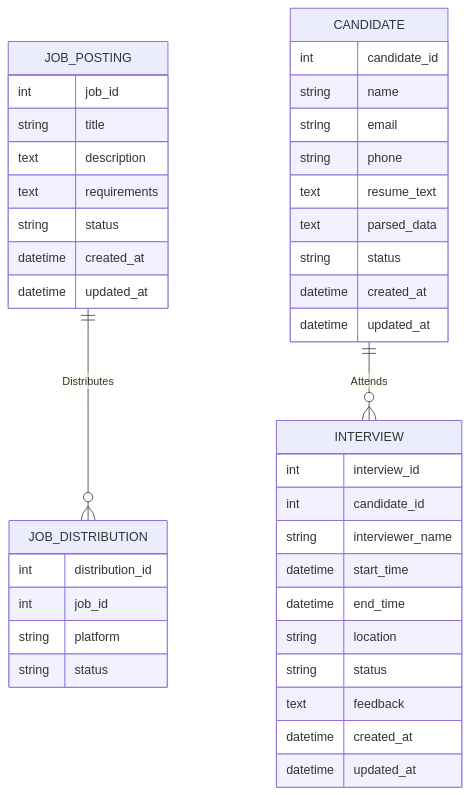
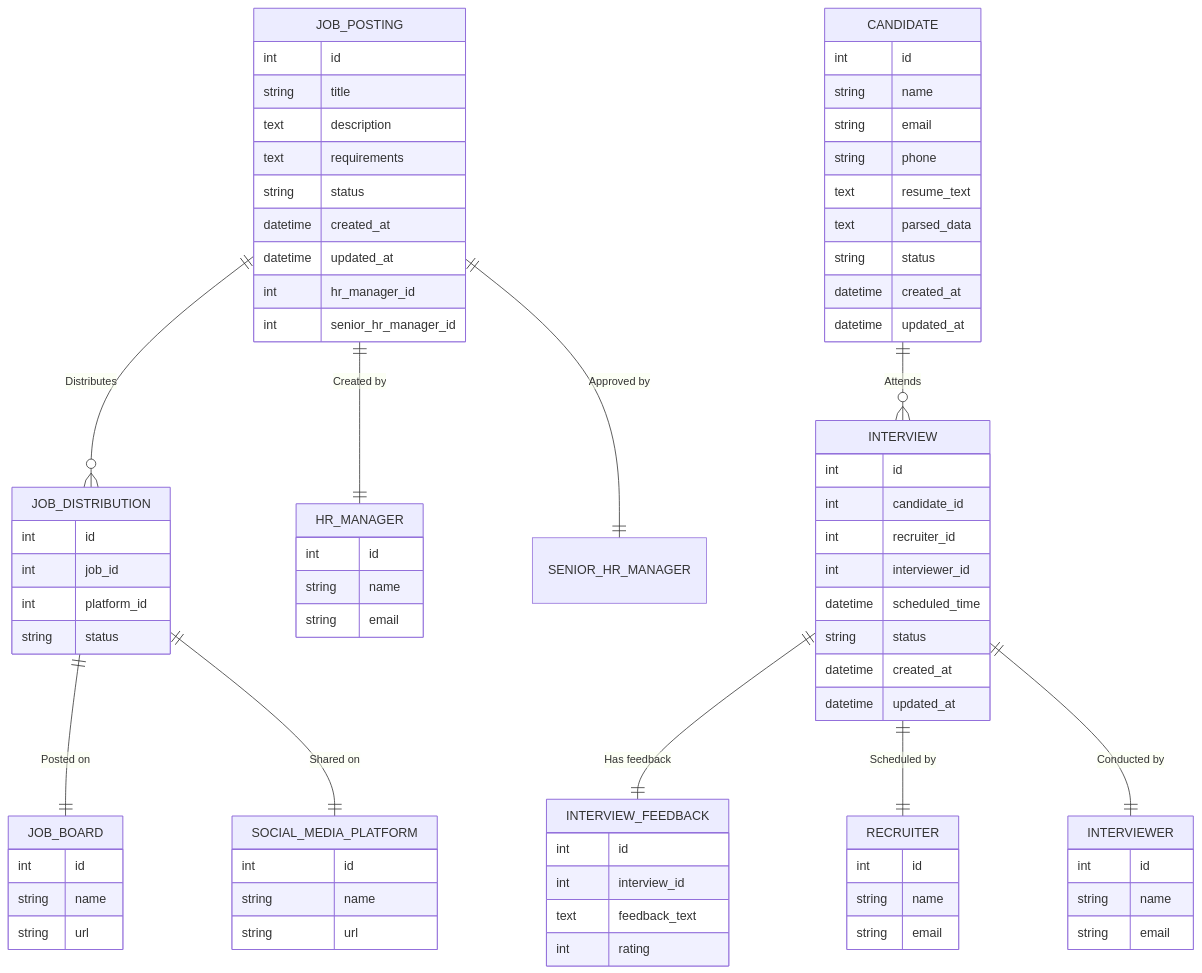
Before and after one commit to rgarciademarina/AI4Devs-design-rgm: the fourth of 4 diagrams in LTI-jaa/LTI-jaa.md, drawn with Mermaid. The commit also changed other lines of this file, not shown here.

````diff
--- a/LTI-jaa/LTI-jaa.md
+++ b/LTI-jaa/LTI-jaa.md
@@ -474,43 +534,82 @@
 ```mermaid
 erDiagram
     JOB_POSTING ||--o{ JOB_DISTRIBUTION : "Distributes"
+    JOB_POSTING ||--|| HR_MANAGER : "Created by"
+    JOB_POSTING ||--|| SENIOR_HR_MANAGER : "Approved by"
     CANDIDATE ||--o{ INTERVIEW : "Attends"
+    INTERVIEW ||--|| INTERVIEW_FEEDBACK : "Has feedback"
+    INTERVIEW ||--|| RECRUITER : "Scheduled by"
+    INTERVIEW ||--|| INTERVIEWER : "Conducted by"
+    JOB_DISTRIBUTION ||--|| JOB_BOARD : "Posted on"
+    JOB_DISTRIBUTION ||--|| SOCIAL_MEDIA_PLATFORM : "Shared on"
+    
     JOB_POSTING {
-        int job_id
+        int id
         string title
         text description
         text requirements
         string status
         datetime created_at
         datetime updated_at
+        int hr_manager_id
+        int senior_hr_manager_id
     }
     JOB_DISTRIBUTION {
-        int distribution_id
+        int id
         int job_id
-        string platform
+        int platform_id
         string status
     }
     CANDIDATE {
-        int candidate_id
+        int id
         string name
         string email
         string phone
         text resume_text
         text parsed_data
         string status
         datetime created_at
         datetime updated_at
     }
     INTERVIEW {
-        int interview_id
+        int id
         int candidate_id
-        string interviewer_name
-        datetime start_time
-        datetime end_time
-        string location
+        int recruiter_id
+        int interviewer_id
+        datetime scheduled_time
         string status
-        text feedback
         datetime created_at
         datetime updated_at
     }
+    INTERVIEW_FEEDBACK {
+        int id
+        int interview_id
+        text feedback_text
+        int rating
+    }
+    HR_MANAGER {
+        int id
+        string name
+        string email
+    }
+    RECRUITER {
+        int id
+        string name
+        string email
+    }
+    INTERVIEWER {
+        int id
+        string name
+        string email
+    }
+    JOB_BOARD {
+        int id
+        string name
+        string url
+    }
+    SOCIAL_MEDIA_PLATFORM {
+        int id
+        string name
+        string url
+    }
 ```
````
